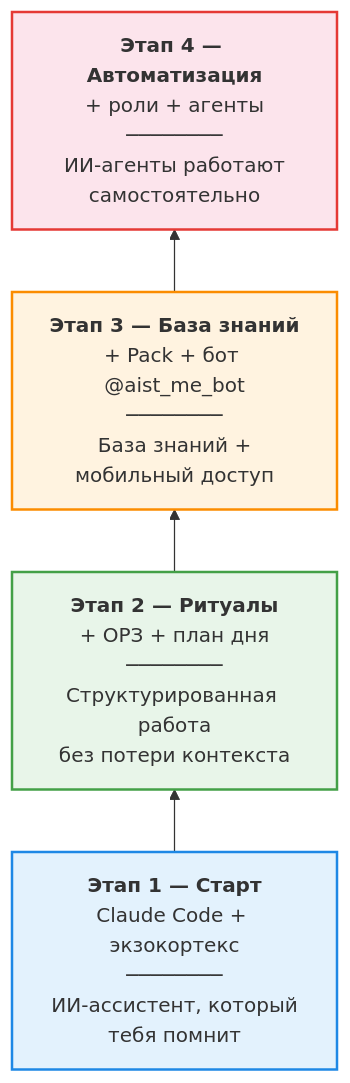
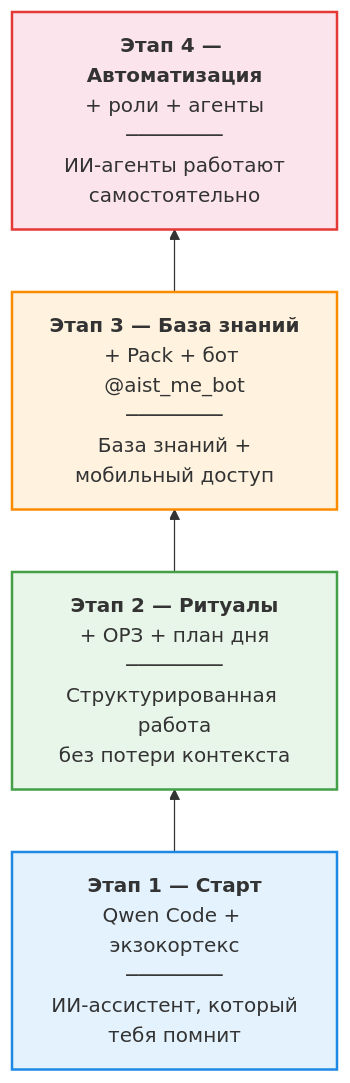
Before and after one commit to trover97/FMT-exocortex-template: the fifth of 8 diagrams in docs/onboarding/onboarding-diagrams.md, drawn with Mermaid. The commit also changed other lines of this file and 210 other files, not shown here.

First line of the commit message:
feat: адаптация шаблона под Qwen Code / Windows / offline

````diff
--- a/docs/onboarding/onboarding-diagrams.md
+++ b/docs/onboarding/onboarding-diagrams.md
@@ -149,16 +149,16 @@
 ```mermaid
 graph BT
-    E1["<b>Этап 1 — Старт</b><br/>Claude Code + экзокортекс<br/>────────<br/>ИИ-ассистент, который<br/>тебя помнит"]
+    E1["<b>Этап 1 — Старт</b><br/>Qwen Code + экзокортекс<br/>────────<br/>ИИ-ассистент, который<br/>тебя помнит"]
     E2["<b>Этап 2 — Ритуалы</b><br/>+ ОРЗ + план дня<br/>────────<br/>Структурированная работа<br/>без потери контекста"]
     E3["<b>Этап 3 — База знаний</b><br/>+ Pack + бот @aist_me_bot<br/>────────<br/>База знаний +<br/>мобильный доступ"]
     E4["<b>Этап 4 — Автоматизация</b><br/>+ роли + агенты<br/>────────<br/>ИИ-агенты работают<br/>самостоятельно"]
 
     E1 --> E2
     E2 --> E3
     E3 --> E4
 
     style E1 fill:#e3f2fd,stroke:#1e88e5,stroke-width:2px
     style E2 fill:#e8f5e9,stroke:#43a047,stroke-width:2px
     style E3 fill:#fff3e0,stroke:#fb8c00,stroke-width:2px
     style E4 fill:#fce4ec,stroke:#e53935,stroke-width:2px
 ```
````
